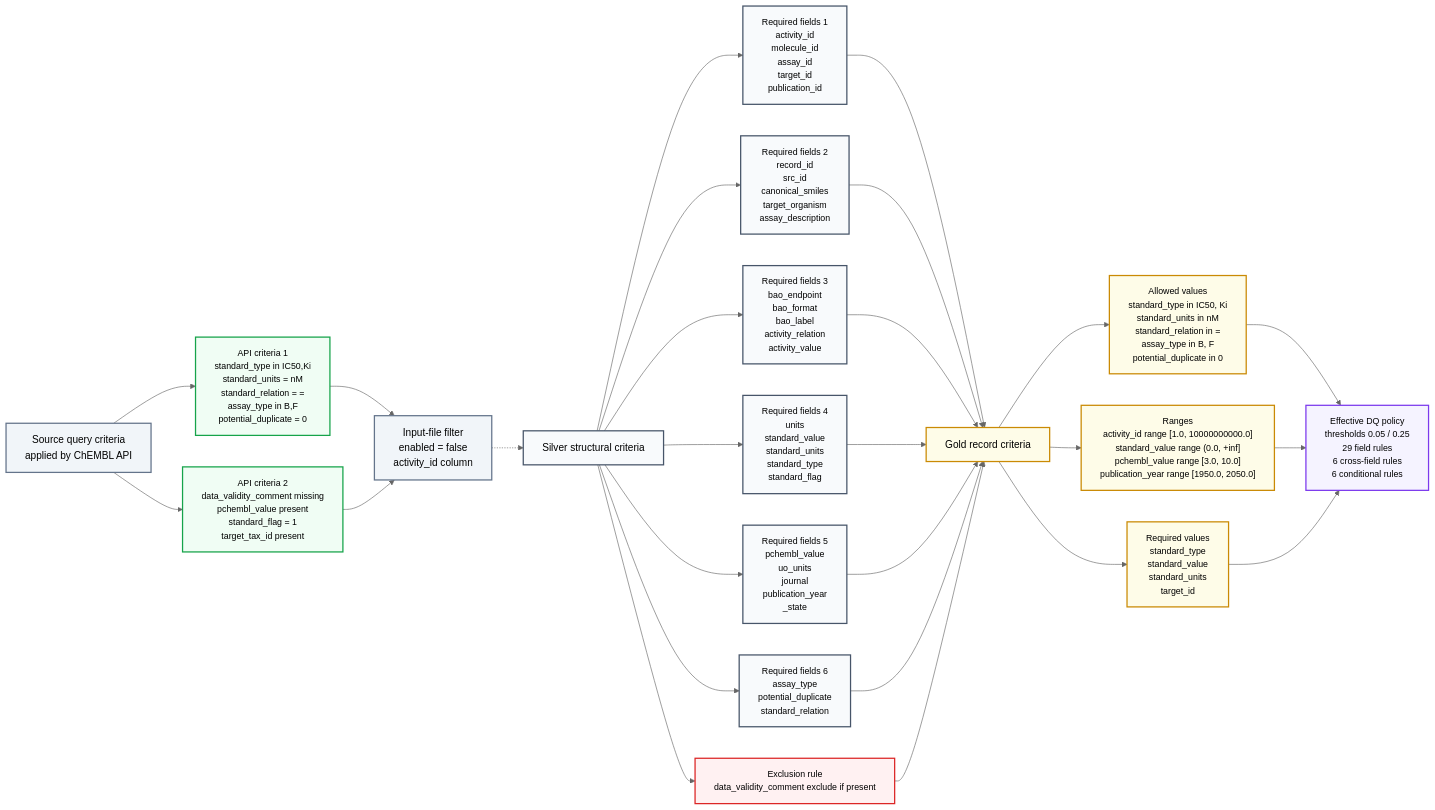
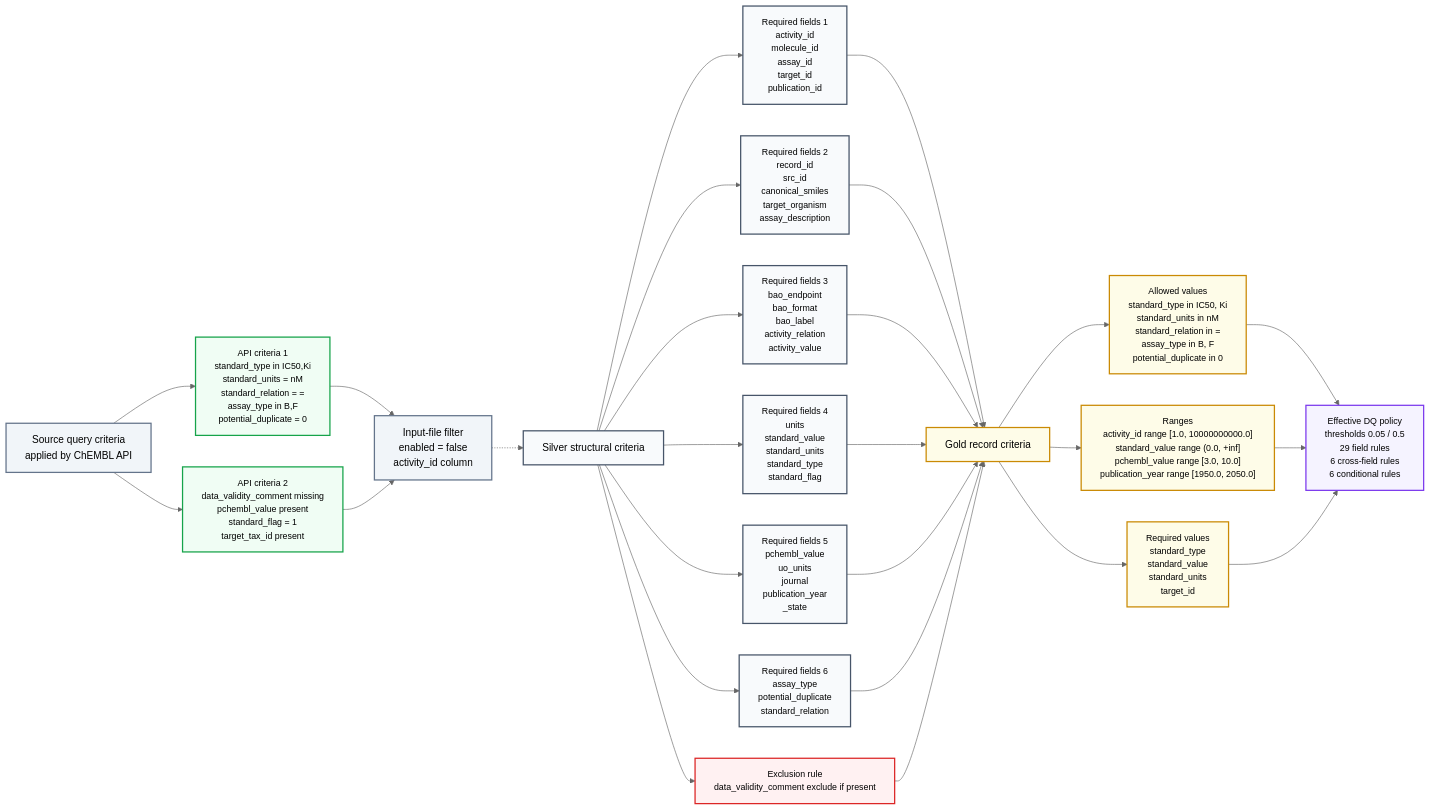
The diagram in docs/02-architecture/diagrams/architecture/50-chembl-pipeline-activity-filter-criteria.mmd (SatoryKono/BioactivityDataAcquisition), drawn with Mermaid before and after one commit. The commit also changed 307 other files, not shown here.

```diff
--- a/docs/02-architecture/diagrams/architecture/50-chembl-pipeline-activity-filter-criteria.mmd
+++ b/docs/02-architecture/diagrams/architecture/50-chembl-pipeline-activity-filter-criteria.mmd
@@ -1,58 +1,58 @@
 %% BioETL — ChEMBL Activity Query And Filtering Criteria
 %% Generated from the resolved chembl_activity configuration and contracts.
 
 %% @version 1.0.0
 %% @date    2026-07-18
 %% @type    flowchart
 %% @level   Pipeline / Rules
 %% @nodes   17
 %% @adr     ADR-002, ADR-040
 %%{init: {'theme': 'neutral', 'themeVariables': {'fontFamily': 'Inter, system-ui', 'lineWidth': '2'}, 'flowchart': {'wrappingWidth': 360}}}%%
 flowchart LR
     Source["Source query criteria<br/>applied by ChEMBL API"]
     Extract1["API criteria 1<br/>standard_type in IC50,Ki<br/>standard_units = nM<br/>standard_relation = =<br/>assay_type in B,F<br/>potential_duplicate = 0"]
     Extract2["API criteria 2<br/>data_validity_comment missing<br/>pchembl_value present<br/>standard_flag = 1<br/>target_tax_id present"]
     Input["Input-file filter<br/>enabled = false<br/>activity_id column"]
     SilverStage["Silver structural criteria"]
     Silver1["Required fields 1<br/>activity_id<br/>molecule_id<br/>assay_id<br/>target_id<br/>publication_id"]
     Silver2["Required fields 2<br/>record_id<br/>src_id<br/>canonical_smiles<br/>target_organism<br/>assay_description"]
     Silver3["Required fields 3<br/>bao_endpoint<br/>bao_format<br/>bao_label<br/>activity_relation<br/>activity_value"]
     Silver4["Required fields 4<br/>units<br/>standard_value<br/>standard_units<br/>standard_type<br/>standard_flag"]
     Silver5["Required fields 5<br/>pchembl_value<br/>uo_units<br/>journal<br/>publication_year<br/>_state"]
     Silver6["Required fields 6<br/>assay_type<br/>potential_duplicate<br/>standard_relation"]
     SilverExclude["Exclusion rule<br/>data_validity_comment exclude if present"]
     GoldStage["Gold record criteria"]
     GoldColumns["Allowed values<br/>standard_type in IC50, Ki<br/>standard_units in nM<br/>standard_relation in =<br/>assay_type in B, F<br/>potential_duplicate in 0"]
     GoldRanges["Ranges<br/>activity_id range [1.0, 10000000000.0]<br/>standard_value range (0.0, +inf]<br/>pchembl_value range [3.0, 10.0]<br/>publication_year range [1950.0, 2050.0]"]
     GoldRequired["Required values<br/>standard_type<br/>standard_value<br/>standard_units<br/>target_id"]
-    DQ["Effective DQ policy<br/>thresholds 0.05 / 0.25<br/>29 field rules<br/>6 cross-field rules<br/>6 conditional rules"]
+    DQ["Effective DQ policy<br/>thresholds 0.05 / 0.5<br/>29 field rules<br/>6 cross-field rules<br/>6 conditional rules"]
 
     Source --> Extract1 --> Input
     Source --> Extract2 --> Input
     Input -.-> SilverStage
     SilverStage --> Silver1 --> GoldStage
     SilverStage --> Silver2 --> GoldStage
     SilverStage --> Silver3 --> GoldStage
     SilverStage --> Silver4 --> GoldStage
     SilverStage --> Silver5 --> GoldStage
     SilverStage --> Silver6 --> GoldStage
     SilverStage --> SilverExclude --> GoldStage
     GoldStage --> GoldColumns --> DQ
     GoldStage --> GoldRanges --> DQ
     GoldStage --> GoldRequired --> DQ
 
     class Source,Input source
     class Extract1,Extract2 process
     class SilverStage,Silver1,Silver2,Silver3,Silver4,Silver5,Silver6 silver
     class SilverExclude warning
     class GoldStage,GoldColumns,GoldRanges,GoldRequired gold
     class DQ dq
     class Extract1,Extract2,Silver1,Silver2,Silver3,Silver4,Silver5,Silver6,SilverExclude,GoldColumns,GoldRanges,GoldRequired,DQ criteriaCard
     classDef criteriaCard font-size:14px
     classDef source fill:#f1f5f9,stroke:#64748b,stroke-width:2px
     classDef process fill:#f0fdf4,stroke:#16a34a,stroke-width:2px
     classDef bronze fill:#fff7ed,stroke:#f59e0b,stroke-width:2px
     classDef silver fill:#f8fafc,stroke:#475569,stroke-width:2px
     classDef gold fill:#fefce8,stroke:#ca8a04,stroke-width:2px
     classDef dq fill:#f5f3ff,stroke:#7c3aed,stroke-width:2px
     classDef warning fill:#fff1f2,stroke:#dc2626,stroke-width:2px
```
